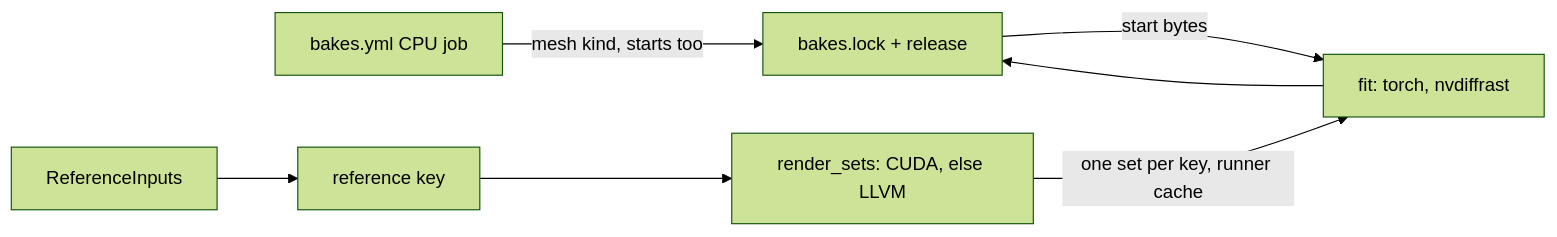
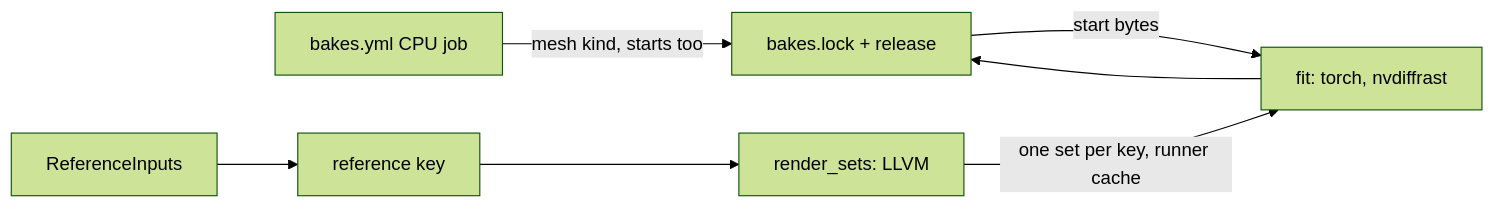
The diagram in docs/plans/Baker-Scalability-Design-Sketch.md (jose-villegas/autana), drawn with Mermaid (forest theme) before and after one commit. The commit also changed other lines of this file and 6 other files, not shown here.

````diff
--- a/docs/plans/Baker-Scalability-Design-Sketch.md
+++ b/docs/plans/Baker-Scalability-Design-Sketch.md
@@ -23,9 +23,9 @@
 ```mermaid
 flowchart LR
     CI["bakes.yml CPU job"] -- "mesh kind, starts too" --> Lock["bakes.lock + release"]
     Lock -- "start bytes" --> Fit
     Inputs["ReferenceInputs"] --> RefKey["reference key"]
-    RefKey --> Ref["render_sets: CUDA, else LLVM"]
+    RefKey --> Ref["render_sets: LLVM"]
     Ref -- "one set per key, runner cache" --> Fit["fit: torch, nvdiffrast"]
     Fit --> Lock
 ```
````
